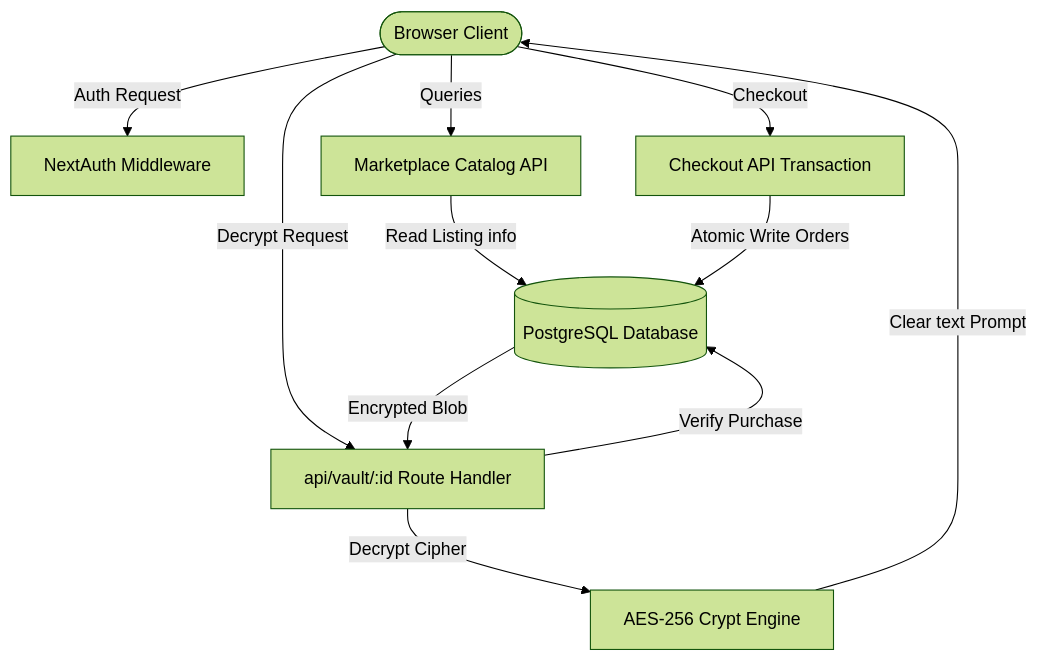
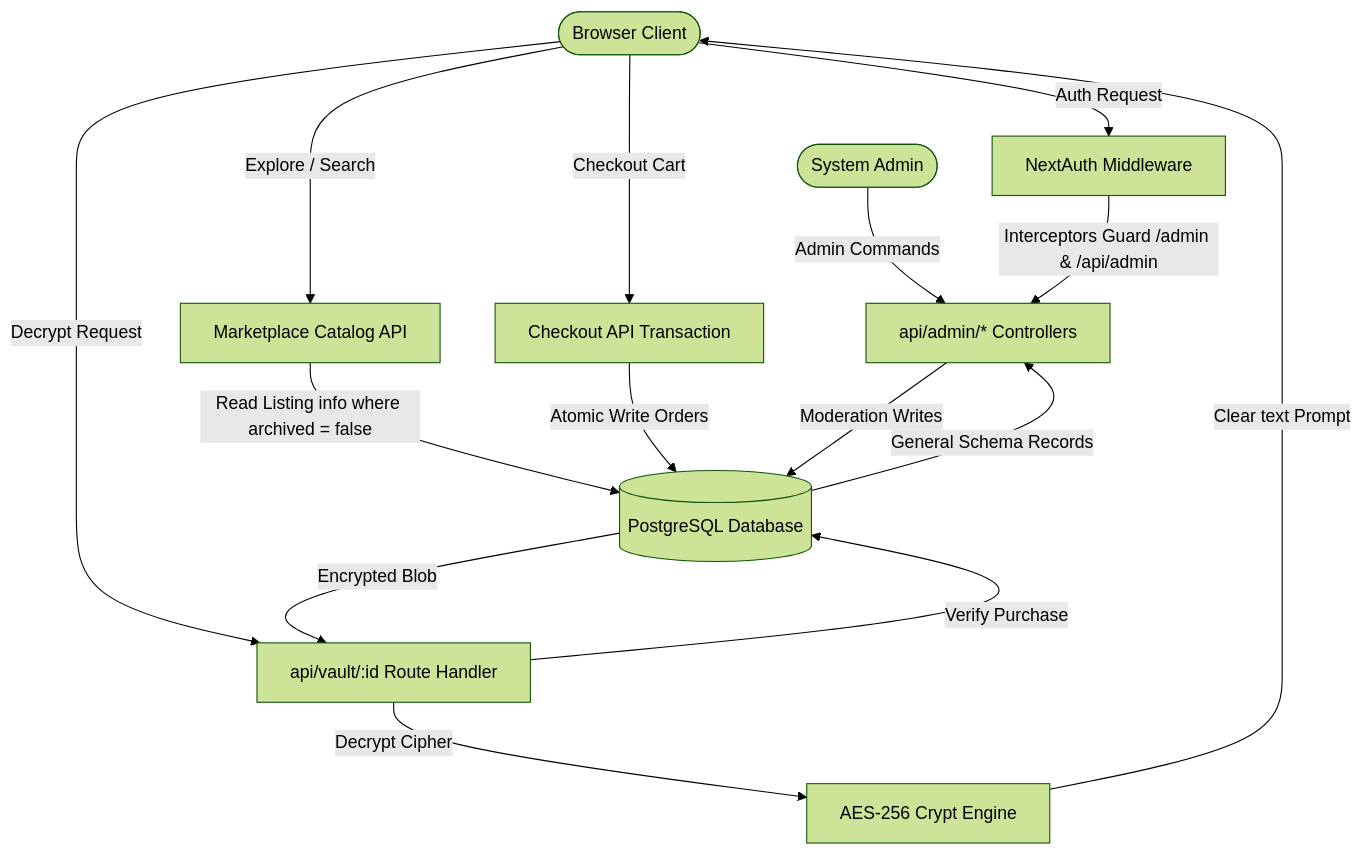
One commit to Krishna161205/CodeCrate changed the diagram in README.md. Above: the diagram before and after it, drawn with Mermaid (forest theme). The commit also changed other lines of this file, not shown here.

Commit message:
docs: update README.md with admin panel, middleware protection, and responsive headers details

````diff
--- a/README.md
+++ b/README.md
@@ -38,15 +46,19 @@
 ```mermaid
 graph TD
     User([Browser Client]) -->|Auth Request| NextAuth[NextAuth Middleware]
-    User -->|Queries| Explore[Marketplace Catalog API]
-    User -->|Checkout| Checkout[Checkout API Transaction]
+    User -->|Explore / Search| Explore[Marketplace Catalog API]
+    User -->|Checkout Cart| Checkout[Checkout API Transaction]
     User -->|Decrypt Request| VaultGate[api/vault/:id Route Handler]
+    Admin([System Admin]) -->|Admin Commands| AdminAPI[api/admin/* Controllers]
 
-    Explore -->|Read Listing info| DB[(PostgreSQL Database)]
+    NextAuth -->|Interceptors Guard /admin & /api/admin| AdminAPI
+    Explore -->|Read Listing info where archived = false| DB[(PostgreSQL Database)]
     Checkout -->|Atomic Write Orders| DB
     VaultGate -->|Verify Purchase| DB
     VaultGate -->|Decrypt Cipher| CryptEngine[AES-256 Crypt Engine]
+    AdminAPI -->|Moderation Writes| DB
     
     DB -->|Encrypted Blob| VaultGate
     CryptEngine -->|Clear text Prompt| User
+    DB -->|General Schema Records| AdminAPI
 ```
````
